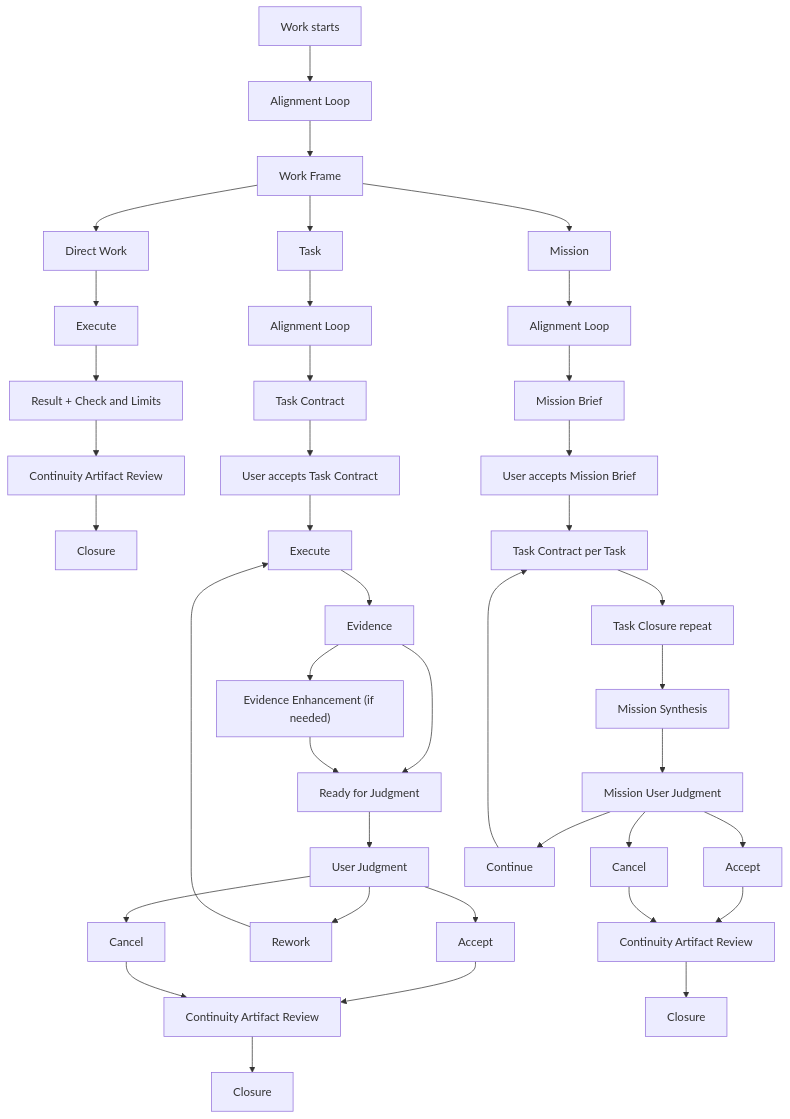
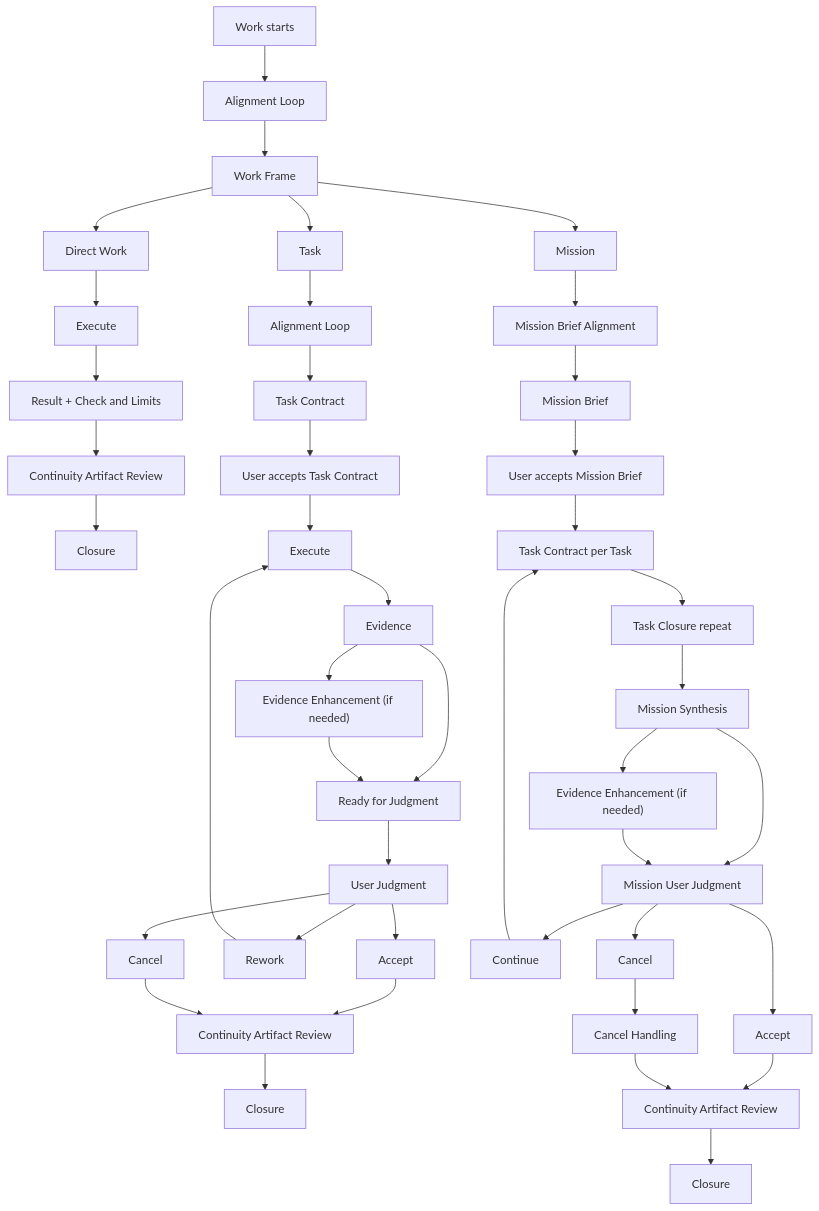
The diagram in docs/workflow/index.md (choam2426/Geas), drawn with Mermaid before and after one commit. The commit also changed 1 other file, not shown here.

Commit message:
docs: refine mission workflow alignment

````diff
--- a/docs/workflow/index.md
+++ b/docs/workflow/index.md
@@ -34,46 +34,49 @@
 ```mermaid
 flowchart TD
   start["Work starts"] --> align["Alignment Loop"]
   align --> frame["Work Frame"]
 
   frame --> direct["Direct Work"]
   frame --> task["Task"]
   frame --> mission["Mission"]
 
   direct --> directExecute["Execute"]
   directExecute --> directResult["Result + Check and Limits"]
   directResult --> directContinuity["Continuity Artifact Review"]
   directContinuity --> directClosure["Closure"]
 
   task --> taskAlign["Alignment Loop"]
   taskAlign --> contract["Task Contract"]
   contract --> contractAccept["User accepts Task Contract"]
   contractAccept --> taskExecute["Execute"]
   taskExecute --> taskEvidence["Evidence"]
   taskEvidence --> taskReady["Ready for Judgment"]
   taskEvidence --> taskEvidenceEnhance["Evidence Enhancement (if needed)"]
   taskEvidenceEnhance --> taskReady
   taskReady --> taskJudgment["User Judgment"]
   taskJudgment --> taskAccept["Accept"]
   taskAccept --> taskContinuity["Continuity Artifact Review"]
   taskContinuity --> taskClosure["Closure"]
   taskJudgment --> taskRework["Rework"]
   taskJudgment --> taskCancel["Cancel"]
   taskRework --> taskExecute
   taskCancel --> taskContinuity
 
-  mission --> missionAlign["Alignment Loop"]
+  mission --> missionAlign["Mission Brief Alignment"]
   missionAlign --> brief["Mission Brief"]
   brief --> briefAccept["User accepts Mission Brief"]
   briefAccept --> taskLoop["Task Contract per Task"]
   taskLoop --> taskRepeat["Task Closure repeat"]
   taskRepeat --> synthesis["Mission Synthesis"]
   synthesis --> missionJudgment["Mission User Judgment"]
+  synthesis --> missionEvidenceEnhance["Evidence Enhancement (if needed)"]
+  missionEvidenceEnhance --> missionJudgment
   missionJudgment --> missionAccept["Accept"]
   missionAccept --> missionContinuity["Continuity Artifact Review"]
   missionContinuity --> missionClosure["Closure"]
   missionJudgment --> missionContinue["Continue"]
   missionJudgment --> missionCancel["Cancel"]
   missionContinue --> taskLoop
-  missionCancel --> missionContinuity
+  missionCancel --> missionCancelHandling["Cancel Handling"]
+  missionCancelHandling --> missionContinuity
 ```
````
